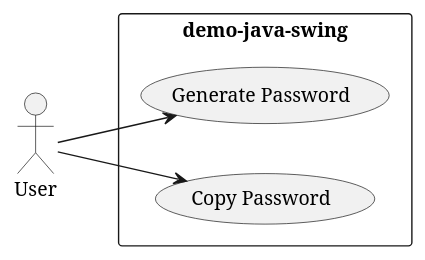
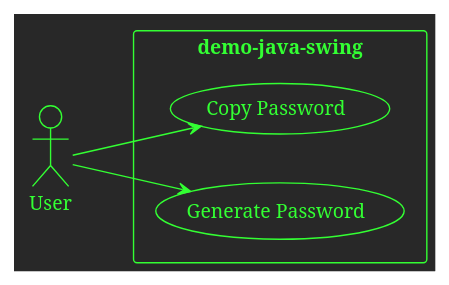
Before and after one commit to djvelimir/demo-java-swing: the diagram in diagrams/UseCase.puml, drawn with PlantUML. The commit also changed 1 other file, not shown here.

```diff
--- a/diagrams/UseCase.puml
+++ b/diagrams/UseCase.puml
@@ -1,13 +1,14 @@
 @startuml
+!theme crt-green
 left to right direction
 
 actor "User" as user
 
 rectangle demo-java-swing {
+  usecase "Copy Password" as copyPassword
   usecase "Generate Password" as generatePassword
-  usecase "Copy Password" as copyPassword
 }
 
 user --> generatePassword
 user --> copyPassword
 @enduml
```
